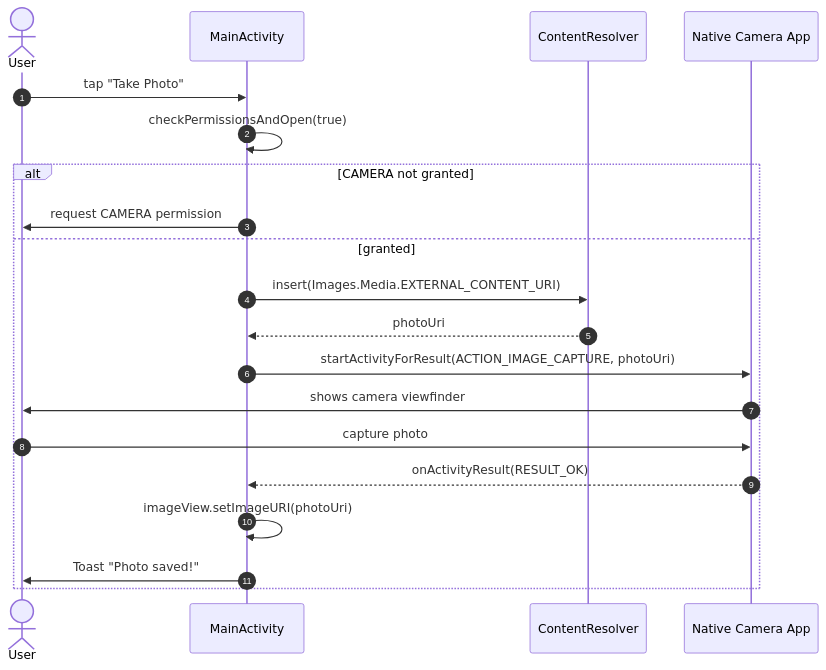
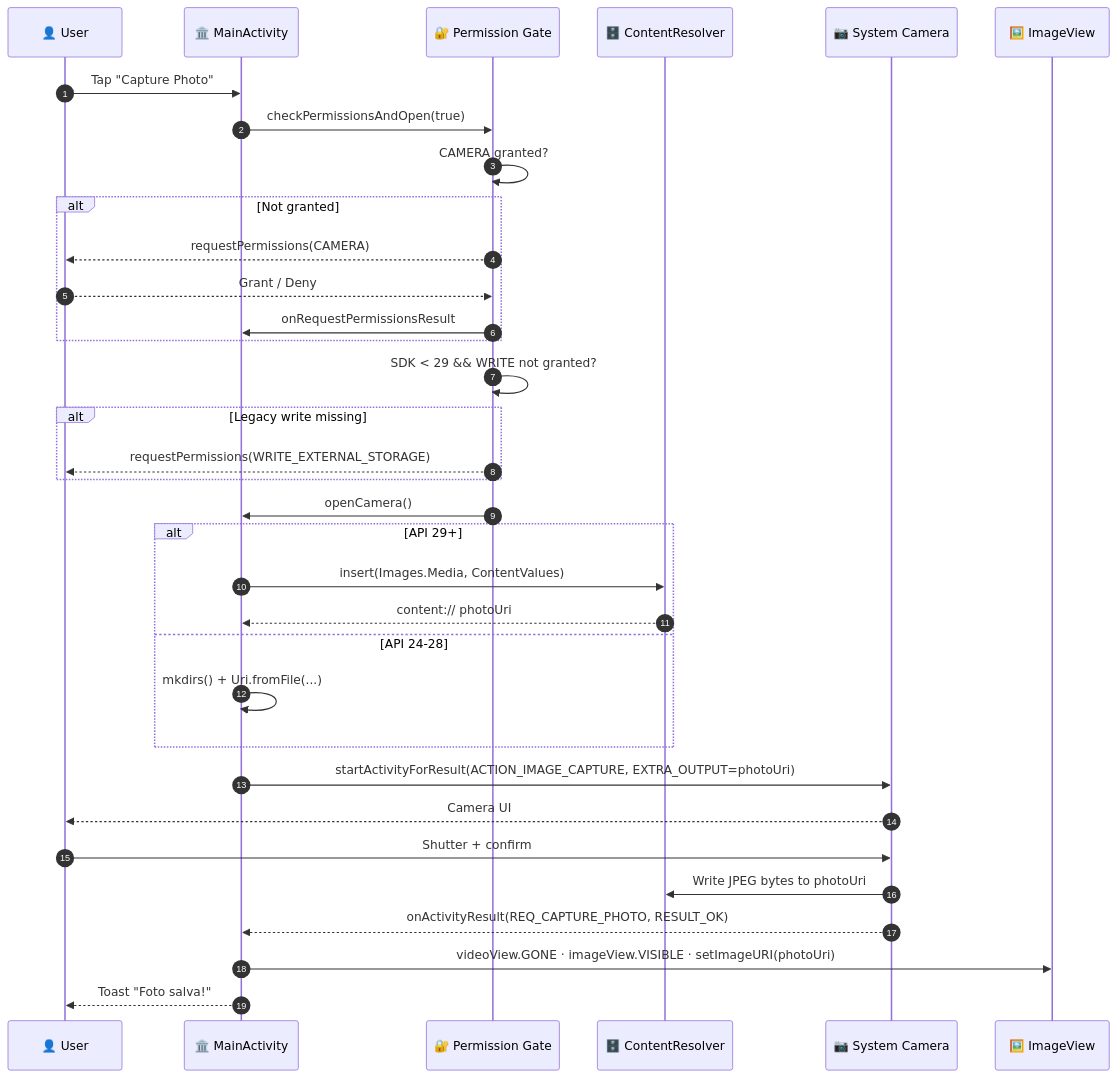
Before and after one commit to VictorHJesusSantiago/AppCamera: the fourth of 9 diagrams in README.md, drawn with Mermaid. The commit also changed other lines of this file and 2 other files, not shown here.

````diff
--- a/README.md
+++ b/README.md
@@ -619,23 +755,37 @@
 ```mermaid
 sequenceDiagram
     autonumber
-    actor User
-    participant MainActivity
-    participant ContentResolver
-    participant NativeCamera as Native Camera App
+    participant U as 👤 User
+    participant A as 🏛️ MainActivity
+    participant P as 🔐 Permission Gate
+    participant R as 🗄️ ContentResolver
+    participant C as 📷 System Camera
+    participant V as 🖼️ ImageView
 
-    User->>MainActivity: tap "Take Photo"
-    MainActivity->>MainActivity: checkPermissionsAndOpen(true)
-    alt CAMERA not granted
-        MainActivity->>User: request CAMERA permission
-    else granted
-        MainActivity->>ContentResolver: insert(Images.Media.EXTERNAL_CONTENT_URI)
-        ContentResolver-->>MainActivity: photoUri
-        MainActivity->>NativeCamera: startActivityForResult(ACTION_IMAGE_CAPTURE, photoUri)
-        NativeCamera->>User: shows camera viewfinder
-        User->>NativeCamera: capture photo
-        NativeCamera-->>MainActivity: onActivityResult(RESULT_OK)
-        MainActivity->>MainActivity: imageView.setImageURI(photoUri)
-        MainActivity->>User: Toast "Photo saved!"
+    U->>A: Tap "Capture Photo"
+    A->>P: checkPermissionsAndOpen(true)
+    P->>P: CAMERA granted?
+    alt Not granted
+        P-->>U: requestPermissions(CAMERA)
+        U-->>P: Grant / Deny
+        P->>A: onRequestPermissionsResult
     end
+    P->>P: SDK < 29 && WRITE not granted?
+    alt Legacy write missing
+        P-->>U: requestPermissions(WRITE_EXTERNAL_STORAGE)
+    end
+    P->>A: openCamera()
+    alt API 29+
+        A->>R: insert(Images.Media, ContentValues)
+        R-->>A: content:// photoUri
+    else API 24-28
+        A->>A: mkdirs() + Uri.fromFile(...)
+    end
+    A->>C: startActivityForResult(ACTION_IMAGE_CAPTURE, EXTRA_OUTPUT=photoUri)
+    C-->>U: Camera UI
+    U->>C: Shutter + confirm
+    C->>R: Write JPEG bytes to photoUri
+    C-->>A: onActivityResult(REQ_CAPTURE_PHOTO, RESULT_OK)
+    A->>V: videoView.GONE · imageView.VISIBLE · setImageURI(photoUri)
+    A-->>U: Toast "Foto salva!"
 ```
````
